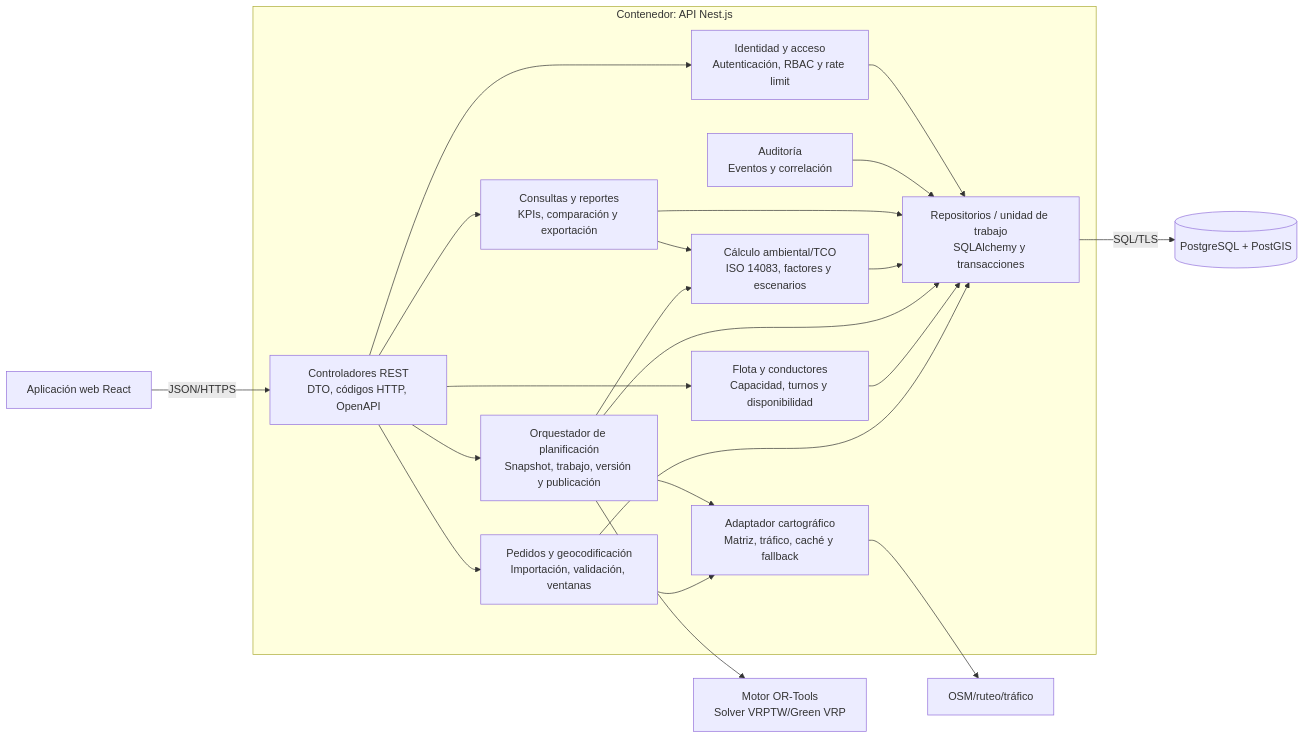
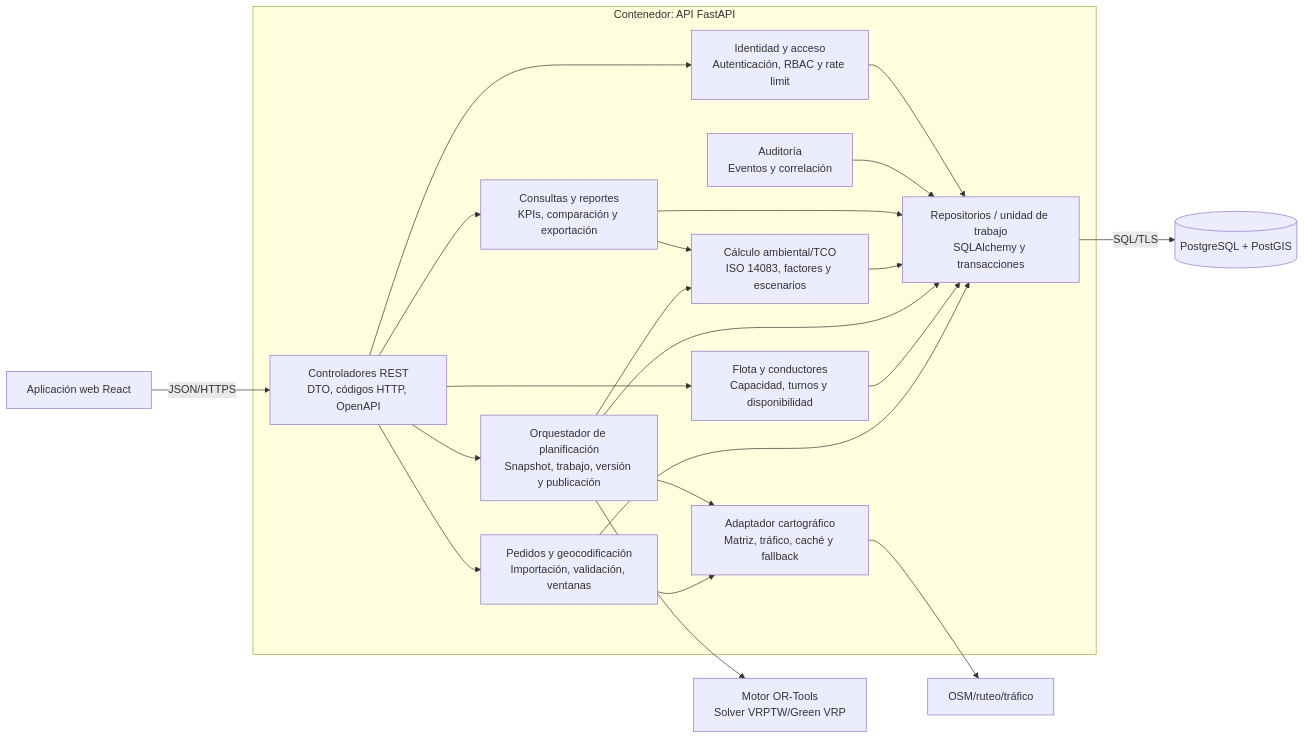
The fourth of 5 diagrams in docs/01 Inicio/12. Modelo C4 V_1_0_0.md (alexito-dev/EcoLogistica), drawn with Mermaid before and after one commit. The commit also changed other lines of this file and 5 other files, not shown here.

First line of the commit message:
docs(arquitectura): ratificar stack React + FastAPI (alternativa A)

````diff
--- a/docs/01 Inicio/12. Modelo C4 V_1_0_0.md
+++ b/docs/01 Inicio/12. Modelo C4 V_1_0_0.md
@@ -119,42 +119,42 @@
 ```mermaid
 flowchart LR
     web["Aplicación web React"]
 
-    subgraph api["Contenedor: API Nest.js"]
+    subgraph api["Contenedor: API FastAPI"]
       routes["Controladores REST<br/>DTO, códigos HTTP, OpenAPI"]
       auth["Identidad y acceso<br/>Autenticación, RBAC y rate limit"]
       orders["Pedidos y geocodificación<br/>Importación, validación, ventanas"]
       fleet["Flota y conductores<br/>Capacidad, turnos y disponibilidad"]
       planning["Orquestador de planificación<br/>Snapshot, trabajo, versión y publicación"]
       routing["Adaptador cartográfico<br/>Matriz, tráfico, caché y fallback"]
       carbon["Cálculo ambiental/TCO<br/>ISO 14083, factores y escenarios"]
       analytics["Consultas y reportes<br/>KPIs, comparación y exportación"]
       audit["Auditoría<br/>Eventos y correlación"]
       repo["Repositorios / unidad de trabajo<br/>SQLAlchemy y transacciones"]
     end
 
     optimizer["Motor OR-Tools<br/>Solver VRPTW/Green VRP"]
     db[("PostgreSQL + PostGIS")]
     external["OSM/ruteo/tráfico"]
 
     web -->|"JSON/HTTPS"| routes
     routes --> auth
     routes --> orders
     routes --> fleet
     routes --> planning
     routes --> analytics
     orders --> routing
     planning --> routing
     planning --> optimizer
     planning --> carbon
     analytics --> carbon
     orders --> repo
     fleet --> repo
     planning --> repo
     carbon --> repo
     analytics --> repo
     audit --> repo
     auth --> repo
     routing --> external
     repo -->|"SQL/TLS"| db
 ```
````
